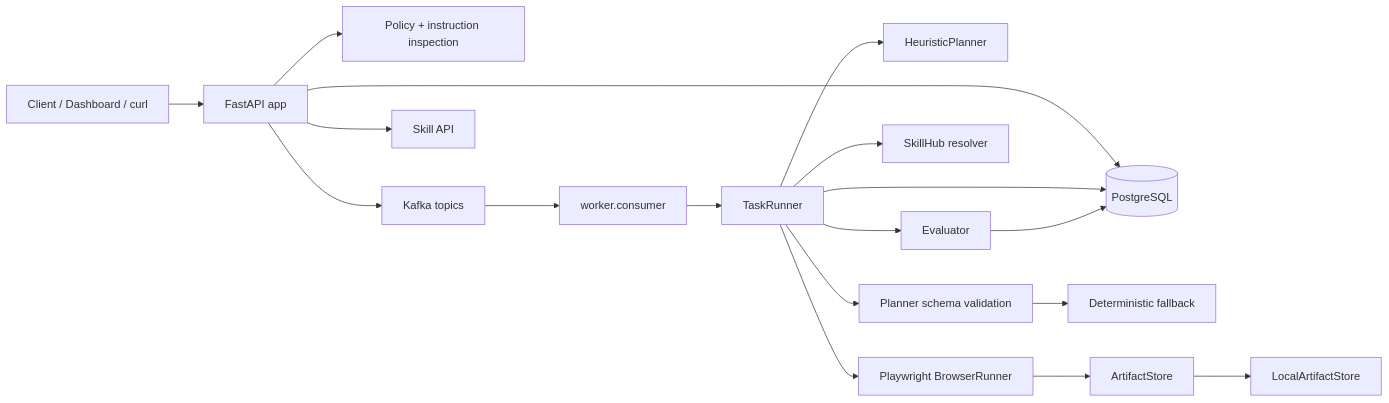
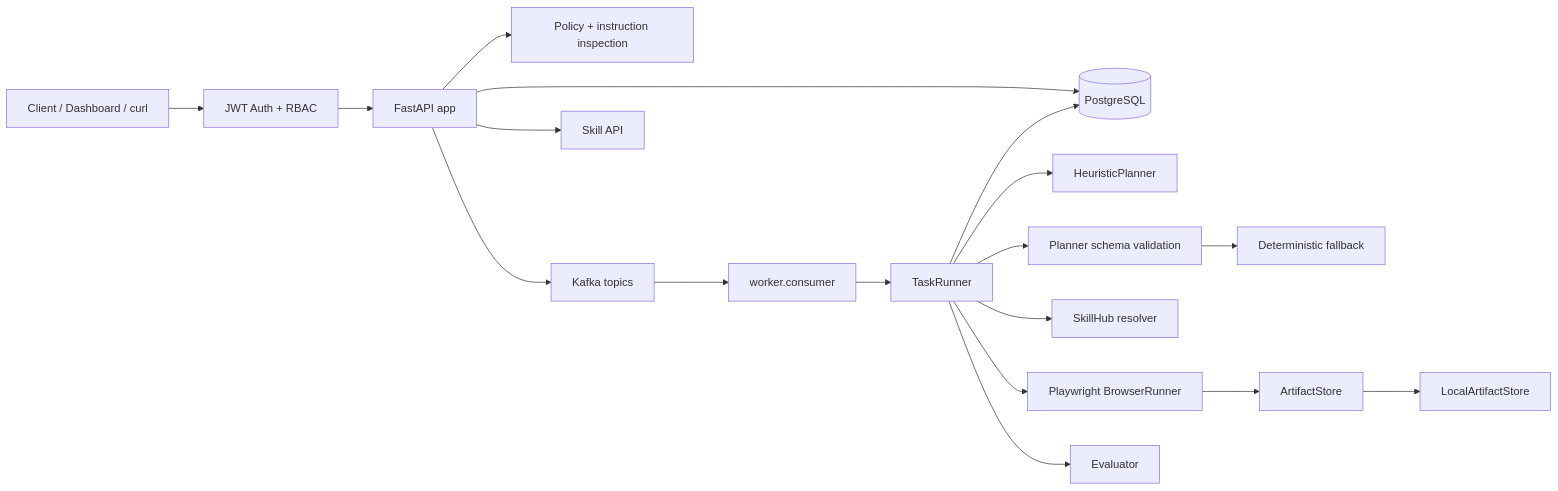
Before and after one commit to leo459028/BrowserAgent: the first of 2 diagrams in DOCS/ARCHITECTURE.md, drawn with Mermaid. The commit also changed other lines of this file and 25 other files, not shown here.

Commit message:
v0.5-auth-RBAC

````diff
--- a/DOCS/ARCHITECTURE.md
+++ b/DOCS/ARCHITECTURE.md
@@ -11,20 +7,20 @@
 ```mermaid
 flowchart LR
-    Client["Client / Dashboard / curl"] --> API["FastAPI app"]
+    Client["Client / Dashboard / curl"] --> Auth["JWT Auth + RBAC"]
+    Auth --> API["FastAPI app"]
     API --> DB[("PostgreSQL")]
     API --> Policy["Policy + instruction inspection"]
     API --> Kafka["Kafka topics"]
     API --> SkillAPI["Skill API"]
     Kafka --> Worker["worker.consumer"]
     Worker --> Runner["TaskRunner"]
     Runner --> Planner["HeuristicPlanner"]
     Runner --> Validator["Planner schema validation"]
     Validator --> Fallback["Deterministic fallback"]
     Runner --> SkillHub["SkillHub resolver"]
     Runner --> Browser["Playwright BrowserRunner"]
     Browser --> Store["ArtifactStore"]
     Store --> Local["LocalArtifactStore"]
     Runner --> Evaluator["Evaluator"]
     Runner --> DB
-    Evaluator --> DB
 ```
````
